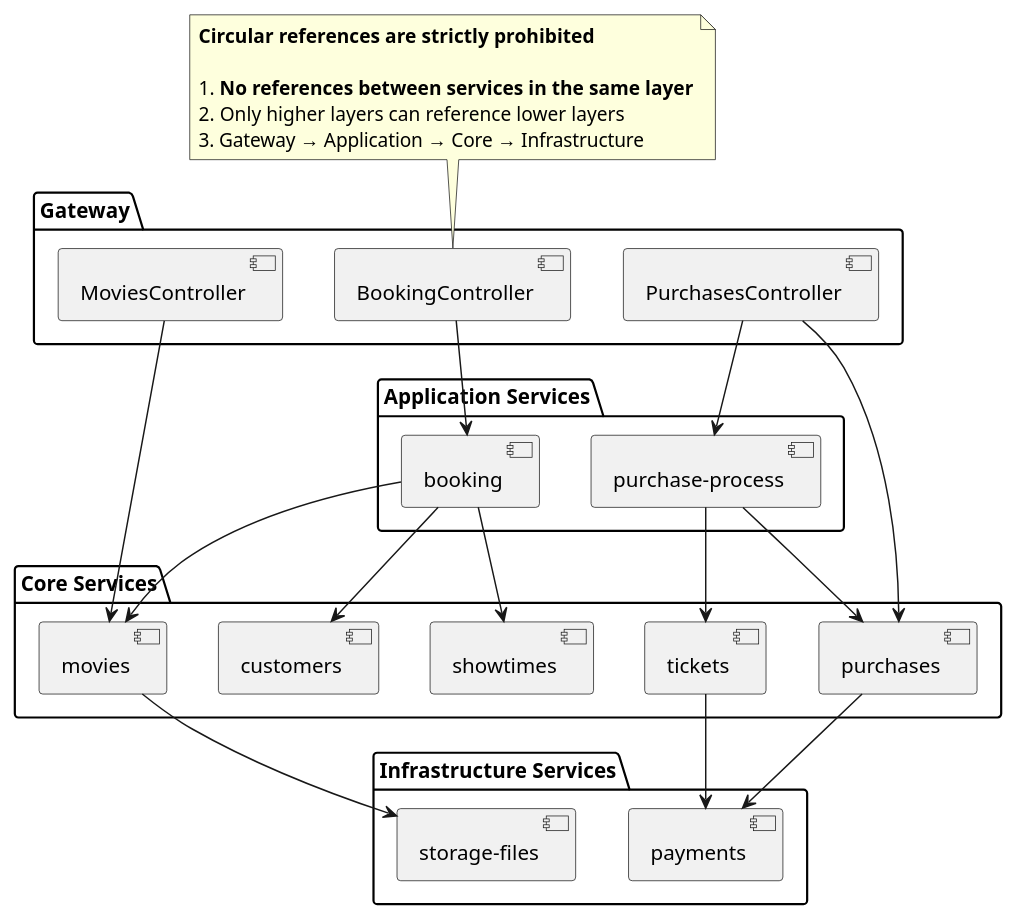
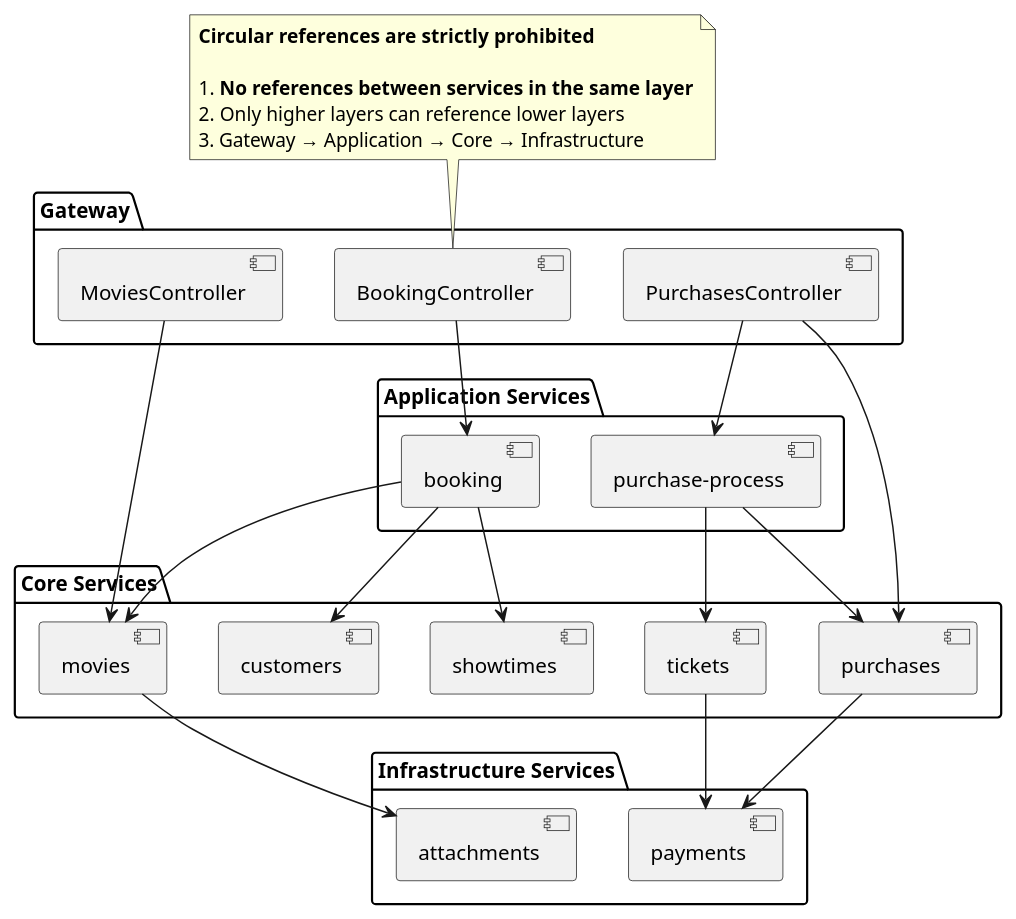
Before and after one commit to mannercode/nest-seed: the first of 2 diagrams in docs/en/guides/design.guide.md, drawn with PlantUML. The commit also changed 48 other files, not shown here.

````diff
--- a/docs/en/guides/design.guide.md
+++ b/docs/en/guides/design.guide.md
@@ -5,52 +5,52 @@
 ```plantuml
 @startuml
 package "Gateway" {
   [MoviesController]
   [BookingController]
   [PurchasesController]
 }
 
 package "Application Services" {
   [booking]
   ["purchase-process"]
 }
 
 package "Core Services" {
   [movies]
   [customers]
   [showtimes]
   [purchases]
   [tickets]
 }
 
 package "Infrastructure Services" {
   [payments]
-  ["storage-files"]
+  ["attachments"]
 }
 
 [MoviesController] --> [movies]
 [BookingController] --> [booking]
 [PurchasesController] --> ["purchase-process"]
 [PurchasesController] --> [purchases]
 
 [booking] --> [customers]
 [booking] --> [showtimes]
 [booking] --> [movies]
 
 ["purchase-process"] --> [purchases]
 ["purchase-process"] --> [tickets]
 
-[movies] --> ["storage-files"]
+[movies] --> ["attachments"]
 [purchases] --> [payments]
 [tickets] --> [payments]
 
 note top of [BookingController]
 **Circular references are strictly prohibited**
 
 1. **No references between services in the same layer**
 2. Only higher layers can reference lower layers
 3. Gateway → Application → Core → Infrastructure
 end note
 
 @enduml
 ```
````
